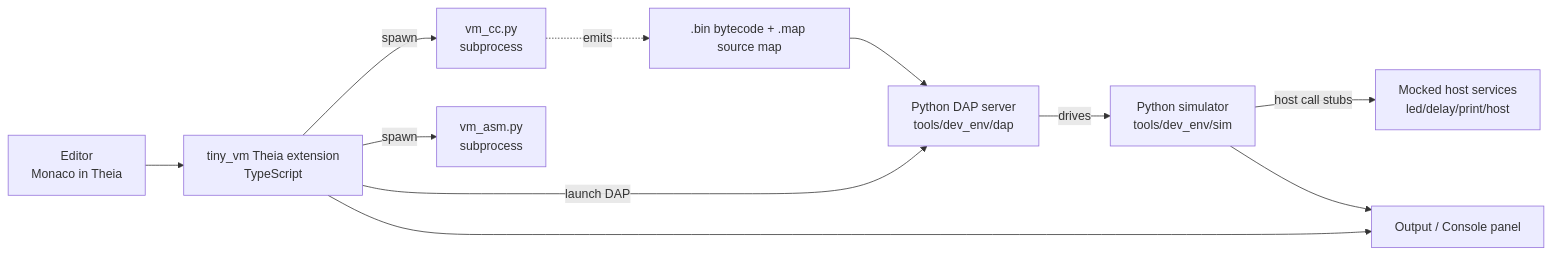
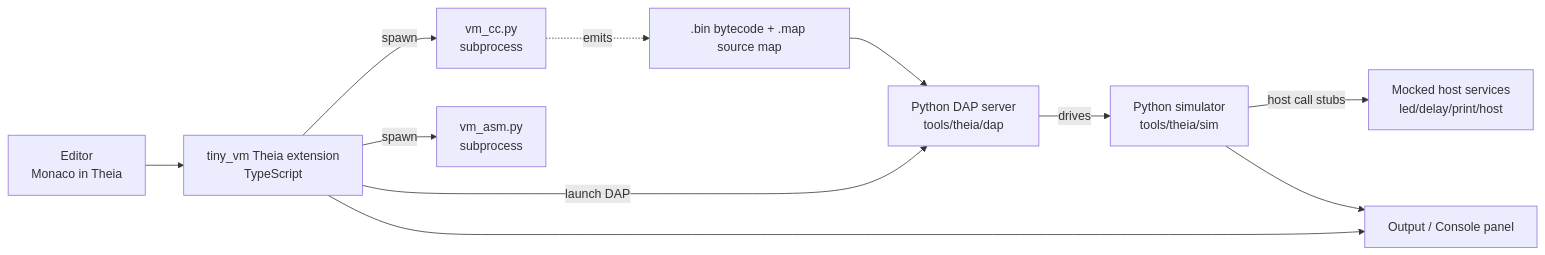
Before and after one commit to jdesbonnet/codex_experiment_06: the diagram in docs/theia_proposal.md, drawn with Mermaid. The commit also changed other lines of this file and 147 other files, not shown here.

First line of the commit message:
Rename tools/dev_env → tools/theia and tools/dev_env_web → tools/vscode

````diff
--- a/docs/theia_proposal.md
+++ b/docs/theia_proposal.md
@@ -71,15 +71,15 @@
 ```mermaid
 flowchart LR
     A[Editor<br/>Monaco in Theia] --> B[tiny_vm Theia extension<br/>TypeScript]
     B -->|spawn| C[vm_cc.py<br/>subprocess]
     B -->|spawn| D[vm_asm.py<br/>subprocess]
-    B -->|launch DAP| E[Python DAP server<br/>tools/dev_env/dap]
-    E -->|drives| F[Python simulator<br/>tools/dev_env/sim]
+    B -->|launch DAP| E[Python DAP server<br/>tools/theia/dap]
+    E -->|drives| F[Python simulator<br/>tools/theia/sim]
     F -->|host call stubs| G[Mocked host services<br/>led/delay/print/host]
     C -.emits.-> H[.bin bytecode + .map source map]
     H --> E
     B --> I[Output / Console panel]
     F --> I
     style E fill:#eef
     style F fill:#eef
 ```
````
